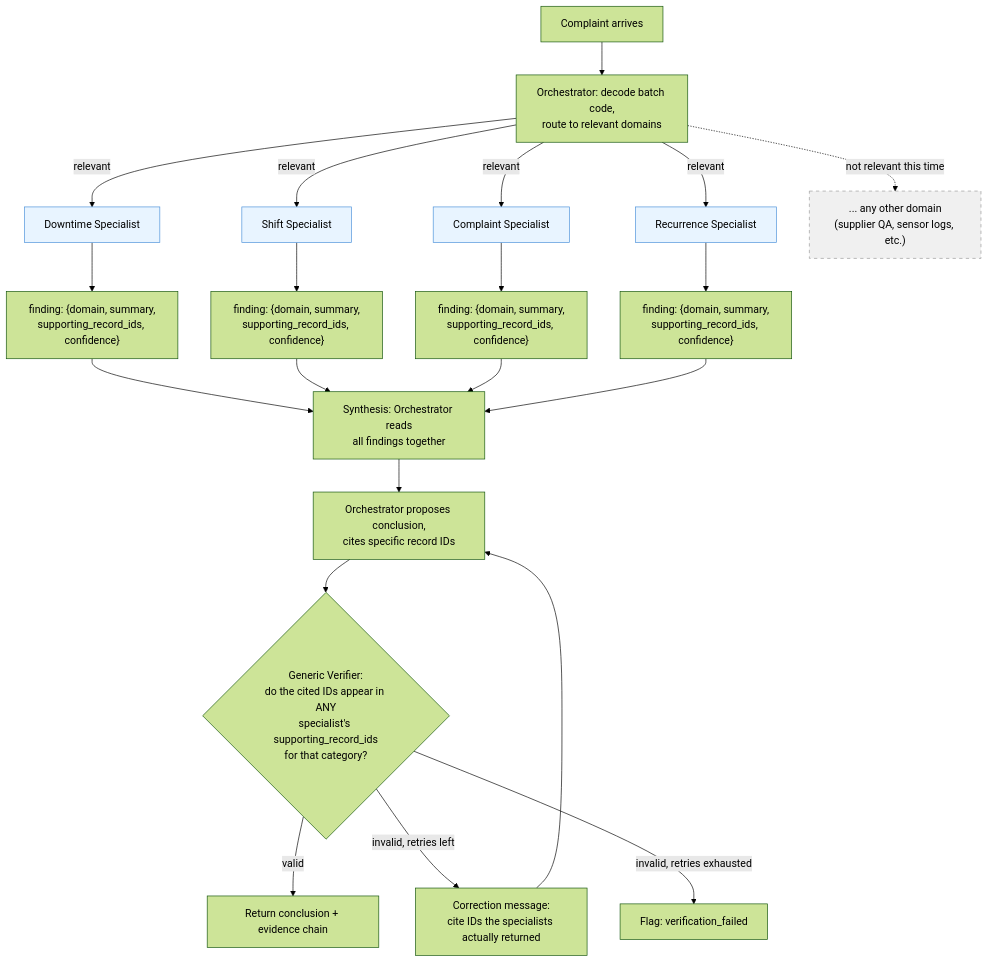
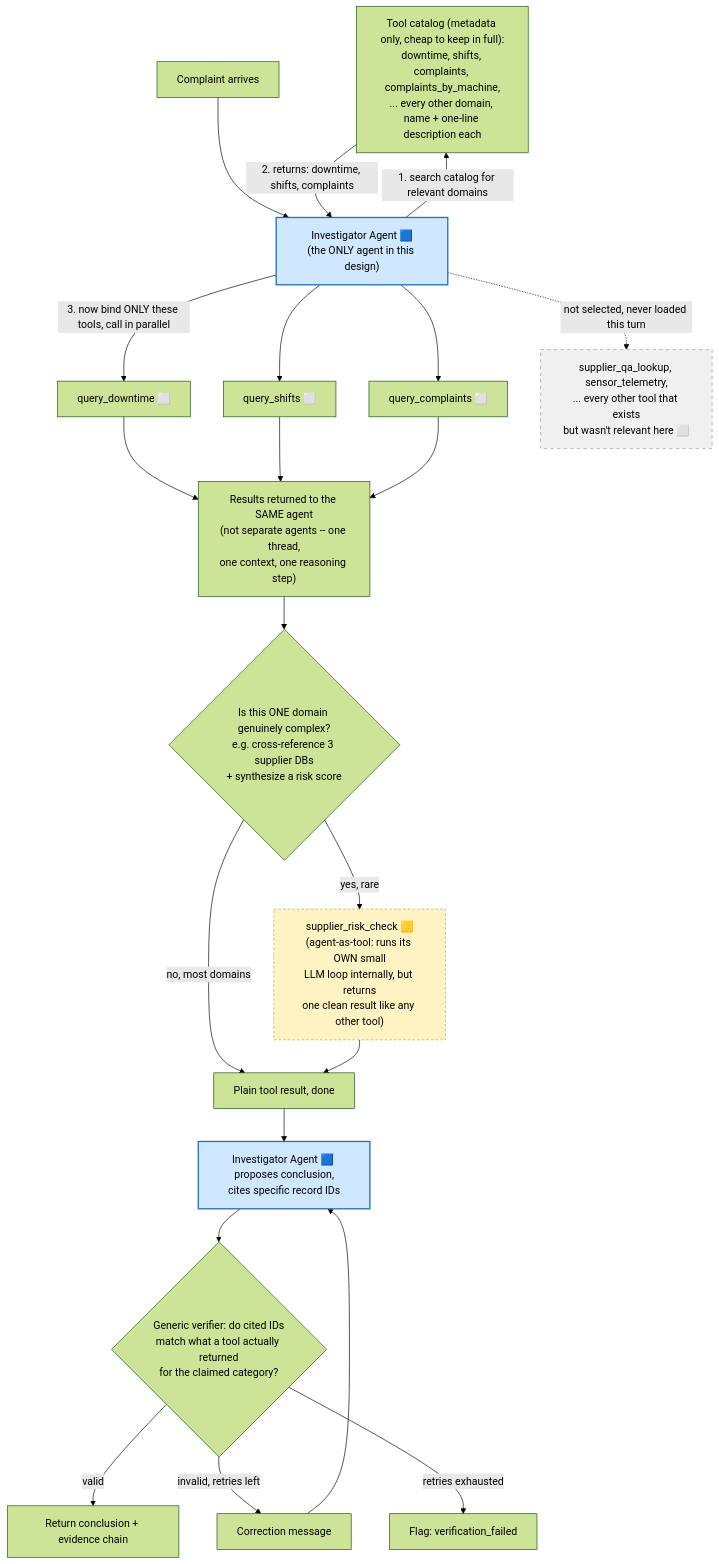
The third of 3 diagrams in notes/scaling-architecture.md (Devendra-git-acc/mbcie-capa_agent), drawn with Mermaid (forest theme) before and after one commit. The commit also changed other lines of this file, not shown here.

First line of the commit message:
Clarify agent vs tool distinction in scaling architecture notes

````diff
--- a/notes/scaling-architecture.md
+++ b/notes/scaling-architecture.md
@@ -38,32 +73,33 @@
 ```mermaid
 flowchart TD
-    A[Complaint arrives] --> B["Orchestrator: decode batch code,<br/>route to relevant domains"]
+    CAT["Tool catalog (metadata only, cheap to keep in full):<br/>downtime, shifts, complaints, complaints_by_machine,<br/>... every other domain, name + one-line description each"]
 
-    B -->|relevant| S1[Downtime Specialist]
-    B -->|relevant| S2[Shift Specialist]
-    B -->|relevant| S3[Complaint Specialist]
-    B -->|relevant| S4[Recurrence Specialist]
-    B -.->|not relevant this time| SN["... any other domain<br/>(supplier QA, sensor logs, etc.)"]
+    A[Complaint arrives] --> ORCH["Investigator Agent 🟦<br/>(the ONLY agent in this design)"]
+    ORCH -->|1. search catalog for relevant domains| CAT
+    CAT -->|2. returns: downtime, shifts, complaints| ORCH
 
-    S1 --> R1["finding: {domain, summary,<br/>supporting_record_ids, confidence}"]
-    S2 --> R2["finding: {domain, summary,<br/>supporting_record_ids, confidence}"]
-    S3 --> R3["finding: {domain, summary,<br/>supporting_record_ids, confidence}"]
-    S4 --> R4["finding: {domain, summary,<br/>supporting_record_ids, confidence}"]
+    ORCH -->|3. now bind ONLY these tools, call in parallel| T1["query_downtime ⬜"]
+    ORCH --> T2["query_shifts ⬜"]
+    ORCH --> T3["query_complaints ⬜"]
+    ORCH -.->|not selected, never loaded this turn| TN["supplier_qa_lookup, sensor_telemetry,<br/>... every other tool that exists<br/>but wasn't relevant here ⬜"]
 
-    R1 --> SYN[Synthesis: Orchestrator reads<br/>all findings together]
-    R2 --> SYN
-    R3 --> SYN
-    R4 --> SYN
+    T1 --> RES["Results returned to the SAME agent<br/>(not separate agents -- one thread,<br/>one context, one reasoning step)"]
+    T2 --> RES
+    T3 --> RES
 
-    SYN --> P[Orchestrator proposes conclusion,<br/>cites specific record IDs]
-    P --> V{"Generic Verifier:<br/>do the cited IDs appear in ANY<br/>specialist's supporting_record_ids<br/>for that category?"}
-    V -->|valid| OUT[Return conclusion + evidence chain]
-    V -->|invalid, retries left| COR[Correction message:<br/>cite IDs the specialists actually returned] --> P
-    V -->|invalid, retries exhausted| FAIL[Flag: verification_failed]
+    RES --> HARD{"Is this ONE domain genuinely complex?<br/>e.g. cross-reference 3 supplier DBs<br/>+ synthesize a risk score"}
+    HARD -->|no, most domains| RES2[Plain tool result, done]
+    HARD -->|yes, rare| AGT["supplier_risk_check 🟨<br/>(agent-as-tool: runs its OWN small<br/>LLM loop internally, but returns<br/>one clean result like any other tool)"]
+    AGT --> RES2
 
-    style S1 fill:#e8f4ff,stroke:#4a90d9
-    style S2 fill:#e8f4ff,stroke:#4a90d9
-    style S3 fill:#e8f4ff,stroke:#4a90d9
-    style S4 fill:#e8f4ff,stroke:#4a90d9
-    style SN fill:#f0f0f0,stroke:#999,stroke-dasharray: 5 5
+    RES2 --> CONC[Investigator Agent 🟦 proposes conclusion,<br/>cites specific record IDs]
+    CONC --> VER{"Generic verifier: do cited IDs<br/>match what a tool actually returned<br/>for the claimed category?"}
+    VER -->|valid| OUT[Return conclusion + evidence chain]
+    VER -->|invalid, retries left| COR[Correction message] --> CONC
+    VER -->|retries exhausted| FAIL[Flag: verification_failed]
+
+    style ORCH fill:#cfe8ff,stroke:#2a6fb0,stroke-width:2px
+    style CONC fill:#cfe8ff,stroke:#2a6fb0,stroke-width:2px
+    style AGT fill:#fff3c4,stroke:#c9a227,stroke-dasharray: 4 3
+    style TN fill:#f0f0f0,stroke:#999,stroke-dasharray: 5 5
 ```
````
